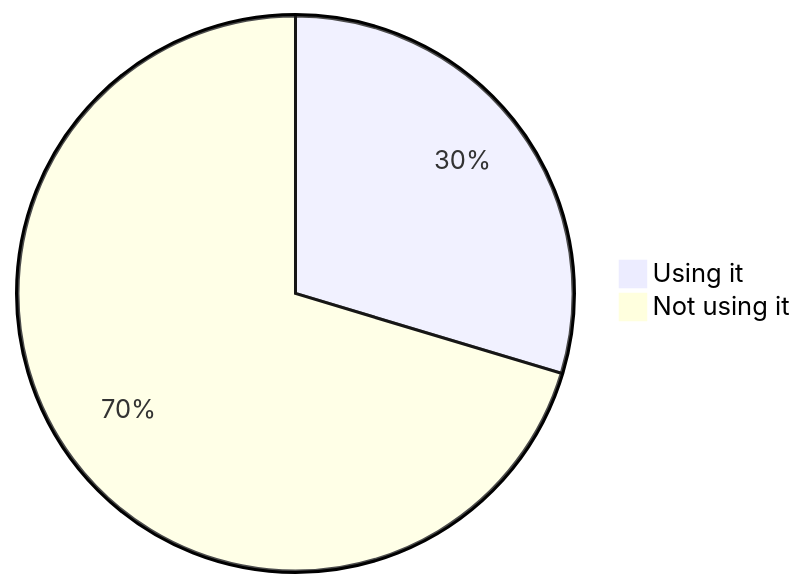
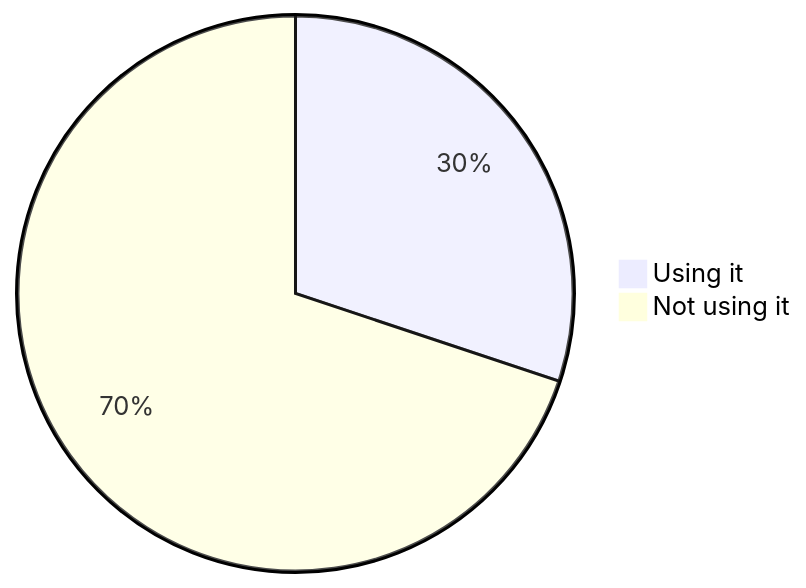
One commit to oshp/oshp-stats changed diagram 14 of 22 in stats.md. Above: the diagram before and after it, drawn with Mermaid. The commit also changed other lines of this file, not shown here.

````diff
--- a/stats.md
+++ b/stats.md
@@ -166,6 +166,6 @@
 ```mermaid
 pie
-	"Using it" : 29.64
-	"Not using it" : 70.36
+	"Using it" : 30.11
+	"Not using it" : 69.89
 
 ```
````
